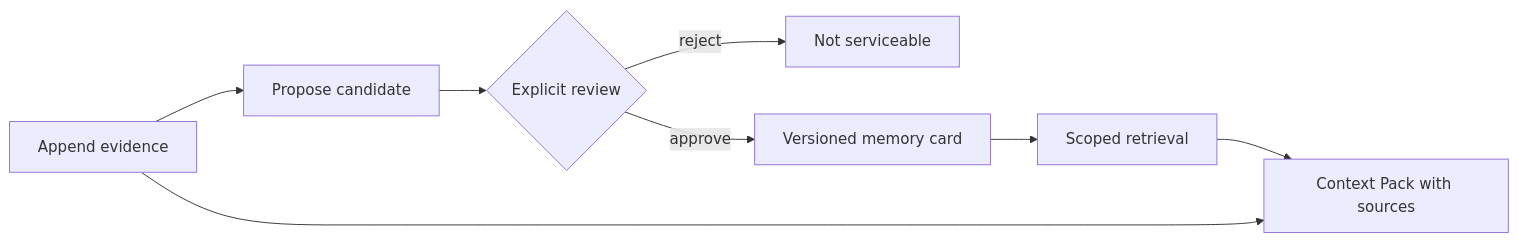
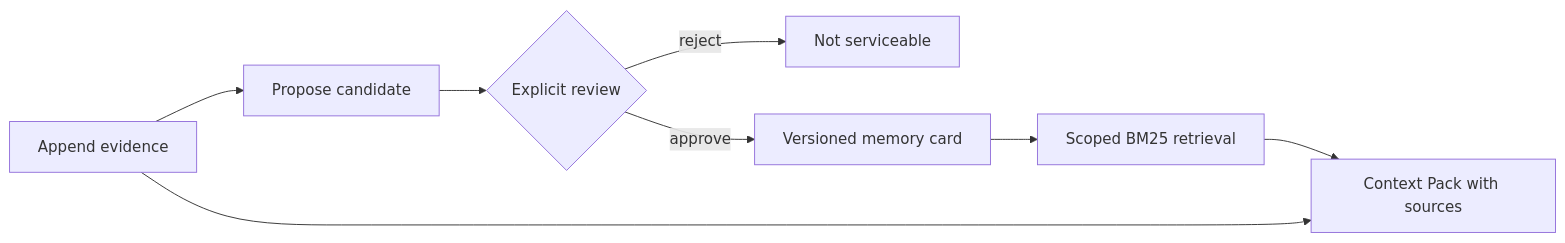
The diagram in README.md (ksana-ai/agent-memory-system), drawn with Mermaid before and after one commit. The commit also changed other lines of this file and 8 other files, not shown here.

````diff
--- a/README.md
+++ b/README.md
@@ -13,10 +11,10 @@
 ```mermaid
 flowchart LR
     E[Append evidence] --> C[Propose candidate]
     C --> R{Explicit review}
     R -->|reject| X[Not serviceable]
     R -->|approve| M[Versioned memory card]
-    M --> S[Scoped retrieval]
+    M --> S[Scoped BM25 retrieval]
     E --> P[Context Pack with sources]
     S --> P
 ```
````
